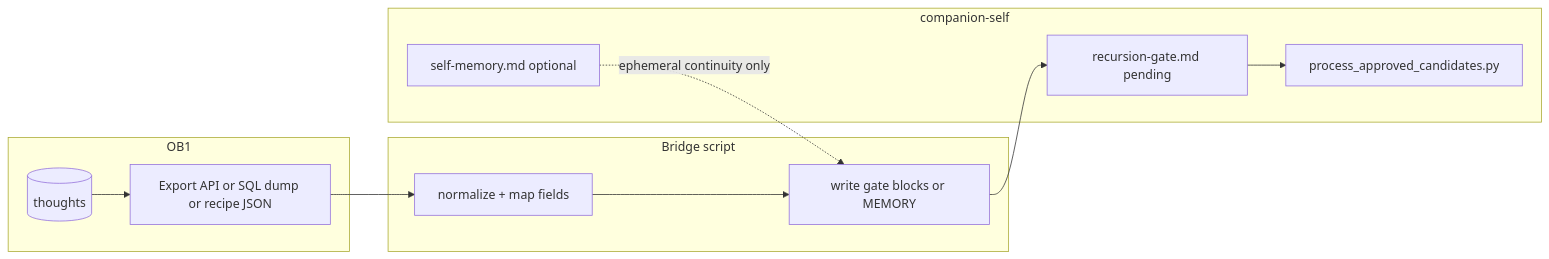
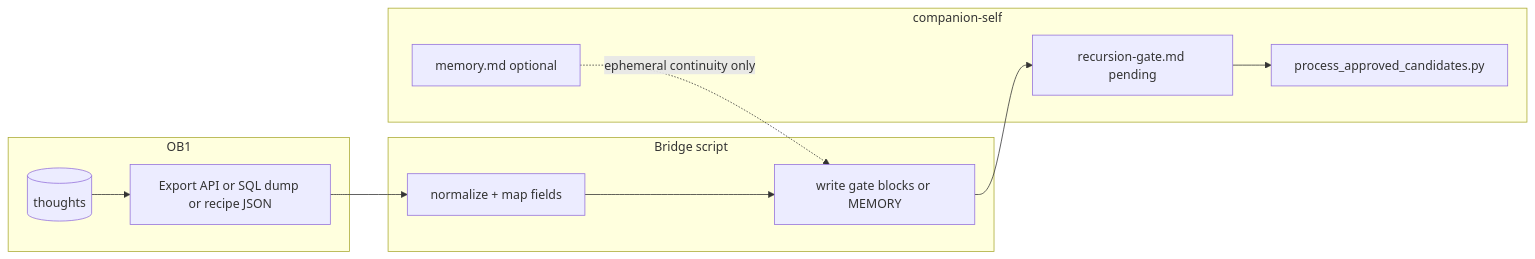
One commit to rbtkhn/strategy-codex changed the second of 2 diagrams in docs/skill-work/work-dev/ob1-companion-self-bridge-consolidated.md. Above: the diagram before and after it, drawn with Mermaid. The commit also changed other lines of this file and 479 other files, not shown here.

````diff
--- a/docs/skill-work/work-dev/ob1-companion-self-bridge-consolidated.md
+++ b/docs/skill-work/work-dev/ob1-companion-self-bridge-consolidated.md
@@ -104,22 +104,22 @@
 ```mermaid
 flowchart LR
   subgraph ob1 [OB1]
     DB[(thoughts)]
     Export[Export API or SQL dump or recipe JSON]
   end
   subgraph bridge [Bridge script]
     Map[normalize + map fields]
     Stage[write gate blocks or MEMORY]
   end
   subgraph cs [companion-self]
     Gate[recursion-gate.md pending]
-    Mem[self-memory.md optional]
+    Mem[memory.md optional]
     Merge[process_approved_candidates.py]
   end
   DB --> Export
   Export --> Map
   Map --> Stage
   Stage --> Gate
   Gate --> Merge
   Mem -.->|"ephemeral continuity only"| Stage
 ```
````
